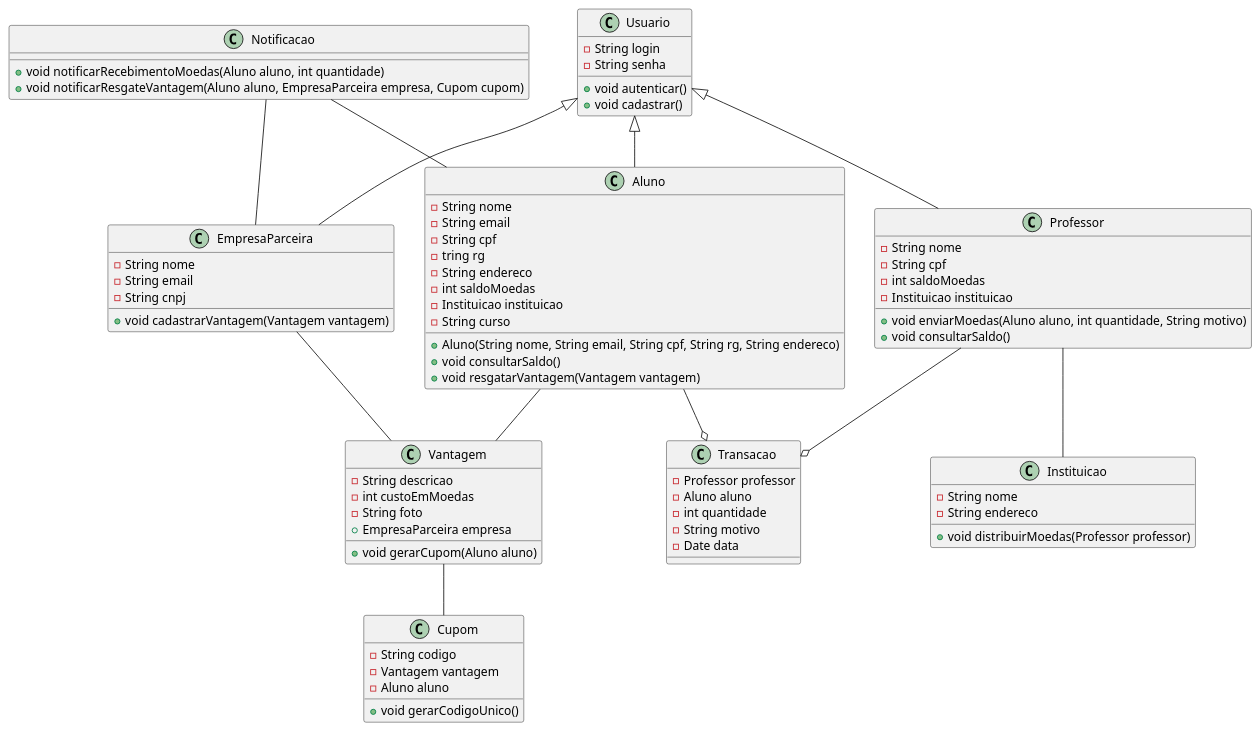
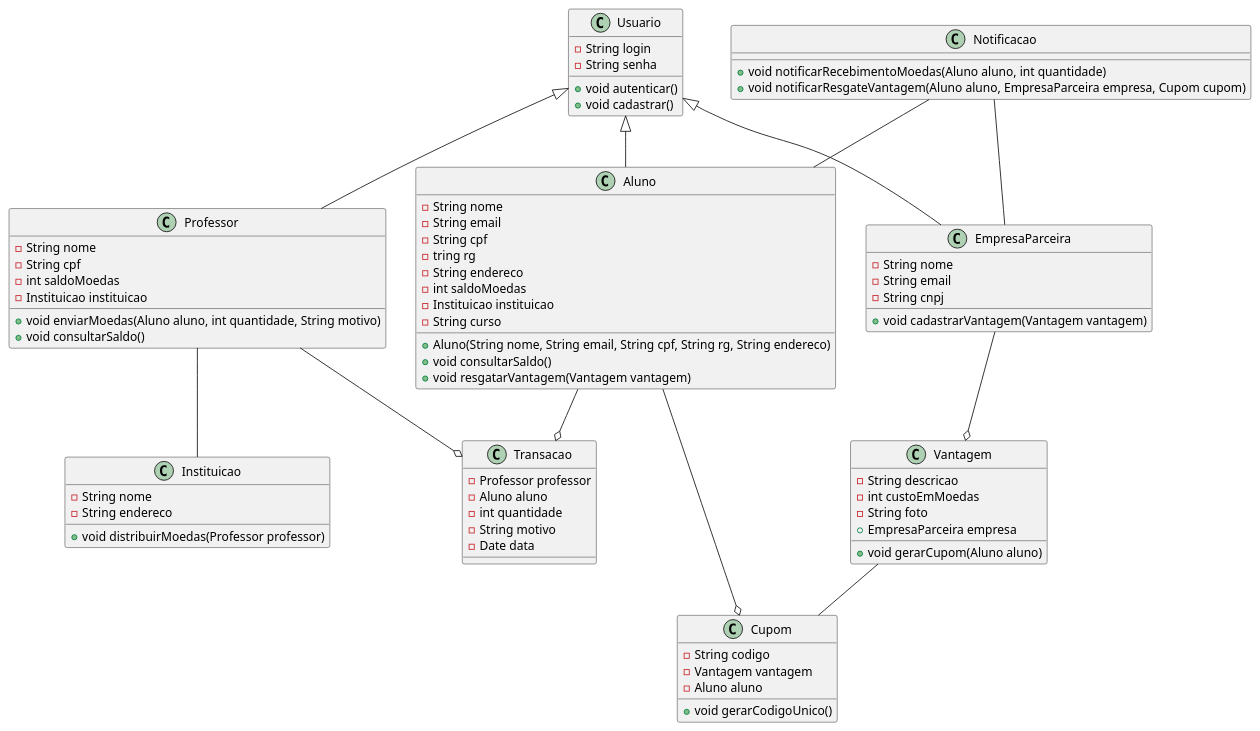
Before and after one commit to RafaMtF/LDS-Lab03: the diagram in project/code/classDiagram.puml, drawn with PlantUML.

```diff
--- a/project/code/classDiagram.puml
+++ b/project/code/classDiagram.puml
@@ -1,87 +1,87 @@
 @startuml
 class Usuario {
   -String login
   -String senha
   +void autenticar()
   +void cadastrar()
 }
 
 class Aluno {
   -String nome
   -String email
   -String cpf
   -tring rg
   -String endereco
   -int saldoMoedas
   -Instituicao instituicao
   -String curso
   +Aluno(String nome, String email, String cpf, String rg, String endereco)
   +void consultarSaldo()
   +void resgatarVantagem(Vantagem vantagem)
 }
 
 class Professor {
   -String nome
   -String cpf
   -int saldoMoedas
   -Instituicao instituicao
   +void enviarMoedas(Aluno aluno, int quantidade, String motivo)
   +void consultarSaldo()
 }
 
 class EmpresaParceira {
   -String nome
   -String email
   -String cnpj
   +void cadastrarVantagem(Vantagem vantagem)
 }
 
 class Instituicao {
   -String nome
   -String endereco
   +void distribuirMoedas(Professor professor)
 
 }
 
 class Vantagem {
   -String descricao
   -int custoEmMoedas
   -String foto
   +EmpresaParceira empresa
   +void gerarCupom(Aluno aluno)
 }
 
 class Transacao {
   -Professor professor
   -Aluno aluno
   -int quantidade
   -String motivo
   -Date data
 }
 
 class Notificacao {
   +void notificarRecebimentoMoedas(Aluno aluno, int quantidade)
   +void notificarResgateVantagem(Aluno aluno, EmpresaParceira empresa, Cupom cupom)
 }
 
 class Cupom {
   -String codigo
   -Vantagem vantagem
   -Aluno aluno
   +void gerarCodigoUnico()
 }
 
 Usuario <|-- Aluno
 Usuario <|-- Professor
 Usuario <|-- EmpresaParceira
 
 Professor -- Instituicao
 Professor --o Transacao
 Aluno --o Transacao
-EmpresaParceira -- Vantagem
-Aluno -- Vantagem
+EmpresaParceira --o Vantagem
+Aluno --o Cupom
 Notificacao -- Aluno
 Notificacao -- EmpresaParceira
 Vantagem -- Cupom
 
 @enduml
```
